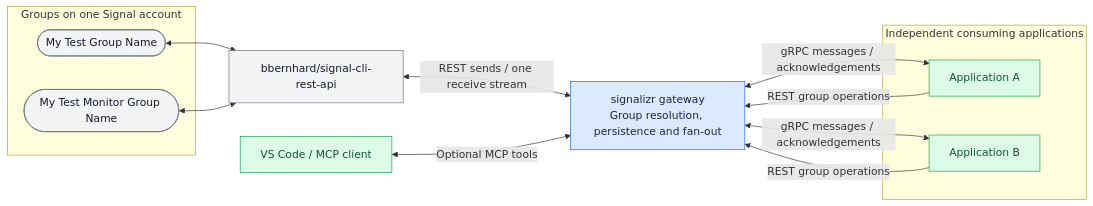
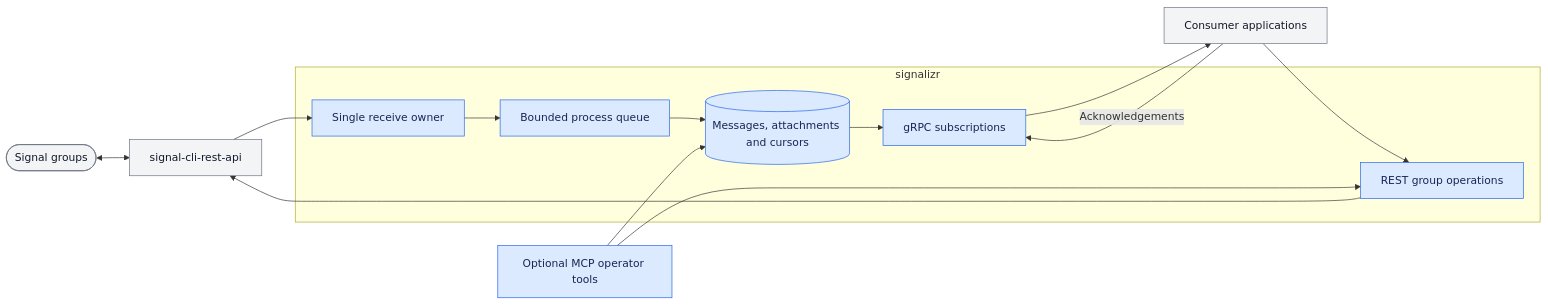
One commit to f2calv/signalizr changed the diagram in README.md. Above: the diagram before and after it, drawn with Mermaid. The commit also changed other lines of this file and 12 other files, not shown here.

````diff
--- a/README.md
+++ b/README.md
@@ -13,32 +122,25 @@
 ```mermaid
 flowchart LR
-    subgraph Signal["Groups on one Signal account"]
-        CHAT(["My Test Group Name"])
-        MONITOR(["My Test Monitor Group Name"])
+    GROUPS(["Signal groups"])
+    WRAPPER["signal-cli-rest-api"]
+    subgraph Gateway["signalizr"]
+        REST["REST group operations"]
+        RECEIVE["Single receive owner"]
+        QUEUE["Bounded process queue"]
+        STORE[("Messages, attachments and cursors")]
+        STREAM["gRPC subscriptions"]
     end
-
-    WRAPPER["bbernhard/signal-cli-rest-api"]
-    GATEWAY["signalizr gateway<br/>Group resolution, persistence and fan-out"]
-
-    subgraph Consumers["Independent consuming applications"]
-        APP_A["Application A"]
-        APP_B["Application B"]
-    end
-    EDITOR["VS Code / MCP client"]
-
-    CHAT <--> WRAPPER
-    MONITOR <--> WRAPPER
-    WRAPPER <-->|"REST sends / one receive stream"| GATEWAY
-    APP_A -->|"REST group operations"| GATEWAY
-    APP_B -->|"REST group operations"| GATEWAY
-    GATEWAY <-->|"gRPC messages / acknowledgements"| APP_A
-    GATEWAY <-->|"gRPC messages / acknowledgements"| APP_B
-    EDITOR <-->|"Optional MCP tools"| GATEWAY
-
-    classDef gateway fill:#dbeafe,stroke:#2563eb,color:#172554
+    APP["Consumer applications"]
+    MCP["Optional MCP operator tools"]
+    GROUPS <--> WRAPPER
+    APP --> REST --> WRAPPER
+    WRAPPER --> RECEIVE --> QUEUE --> STORE --> STREAM
+    STREAM --> APP
+    APP -->|"Acknowledgements"| STREAM
+    MCP --> REST
+    MCP --> STORE
+    classDef owned fill:#dbeafe,stroke:#2563eb,color:#172554
     classDef external fill:#f3f4f6,stroke:#6b7280,color:#111827
-    classDef consumer fill:#dcfce7,stroke:#16a34a,color:#14532d
-    class GATEWAY gateway
-    class CHAT,MONITOR,WRAPPER external
-    class APP_A,APP_B,EDITOR consumer
+    class REST,RECEIVE,QUEUE,STORE,STREAM,MCP owned
+    class GROUPS,WRAPPER,APP external
 ```
````
